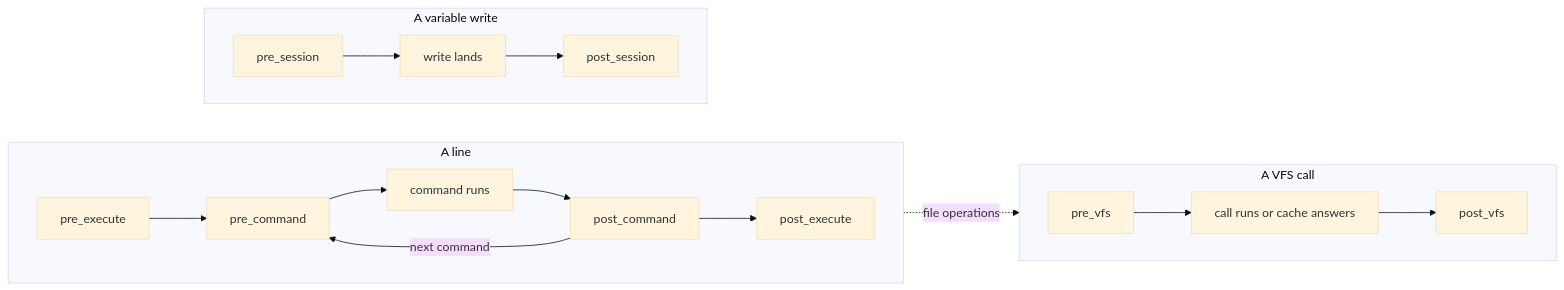
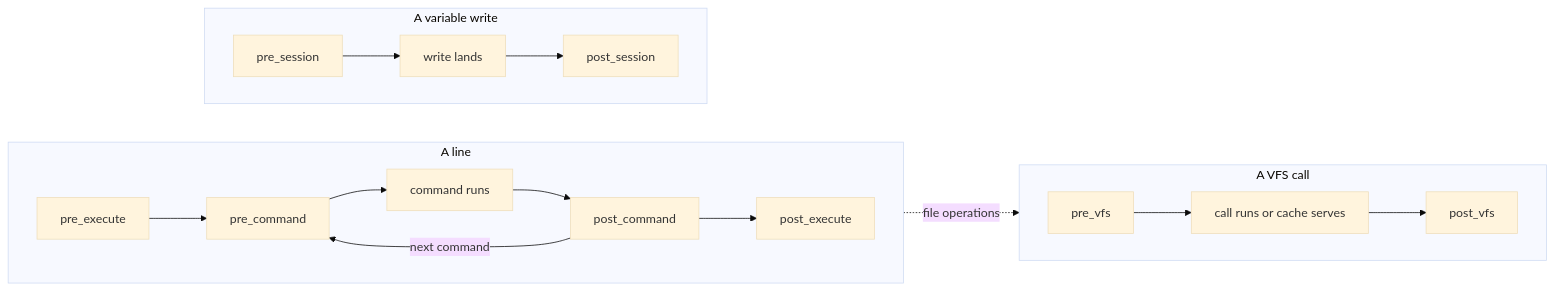
Before and after one commit to strukto-ai/mirage: the diagram in docs/home/policy/policies.mdx, drawn with Mermaid (base theme). The commit also changed other lines of this file and 14 other files, not shown here.

````diff
--- a/docs/home/policy/policies.mdx
+++ b/docs/home/policy/policies.mdx
@@ -70,17 +70,17 @@
 ```mermaid
 flowchart LR
     subgraph line["A line"]
         direction LR
         PE["pre_execute"] --> PC["pre_command"] --> Run["command runs"] --> PoC["post_command"] --> PoE["post_execute"]
         PoC -- "next command" --> PC
     end
     subgraph call["A VFS call"]
         direction LR
-        PV["pre_vfs"] --> Op["call runs or cache answers"] --> PoV["post_vfs"]
+        PV["pre_vfs"] --> Op["call runs or cache serves"] --> PoV["post_vfs"]
     end
     Run -. file operations .-> PV
     subgraph write["A variable write"]
         direction LR
         PS["pre_session"] --> Land["write lands"] --> PoS["post_session"]
     end
 ```
````
